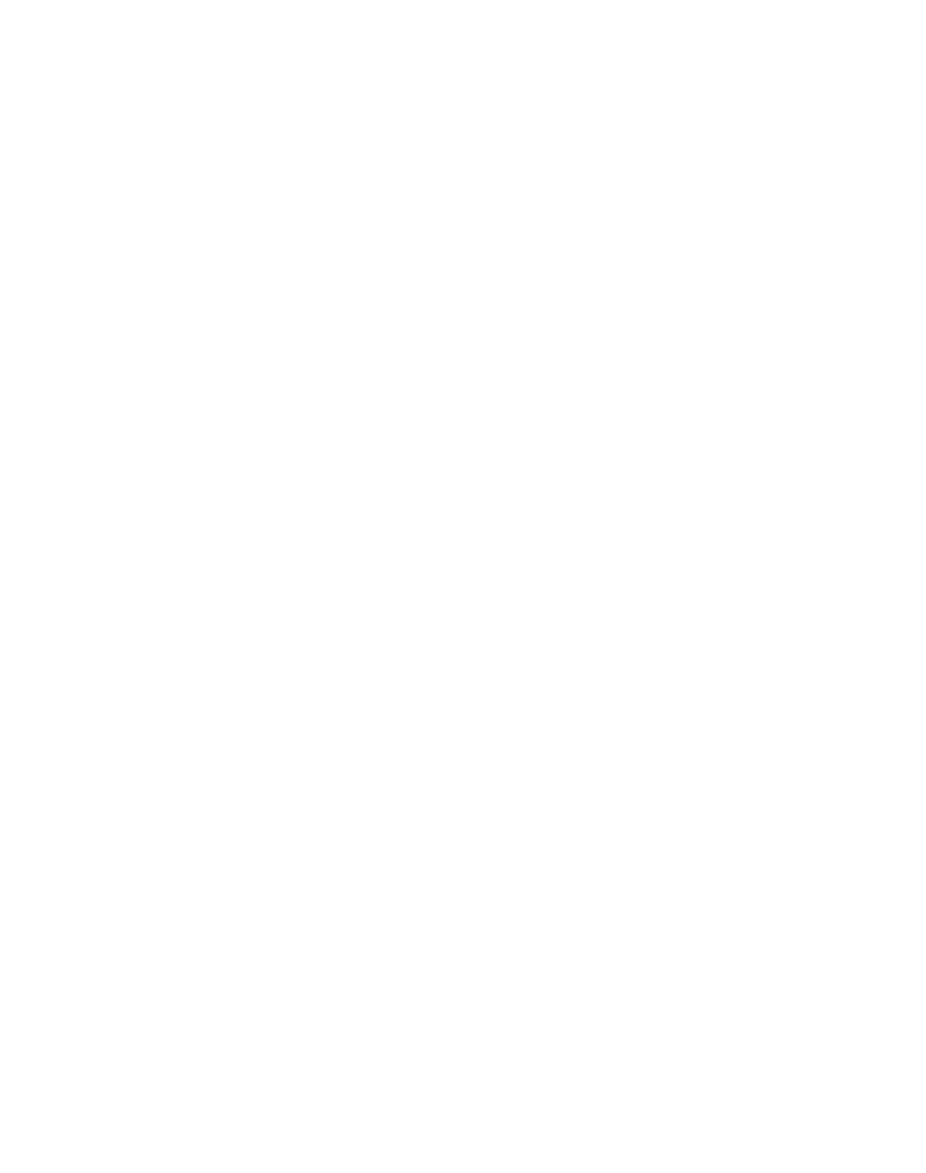
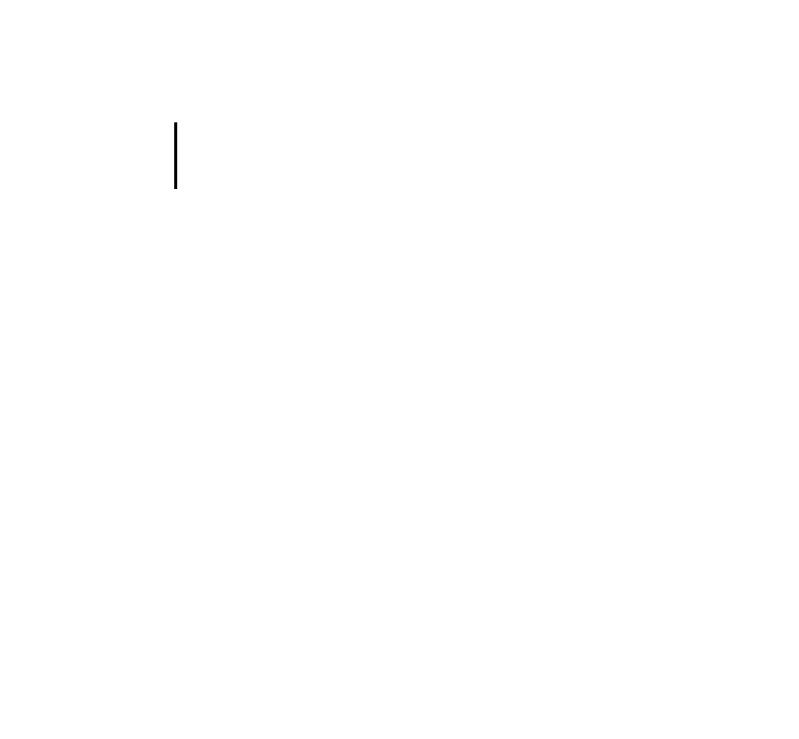
The diagram in mutex/BDD-0.dot (patricktjel/software_science), drawn with Graphviz before and after one commit. The commit also changed 2 other files, not shown here.

```diff
--- a/mutex/BDD-0.dot
+++ b/mutex/BDD-0.dot
@@ -1,20 +1,14 @@
 digraph "DD" {
 graph [dpi = 300];
 center = true;
 edge [dir = forward];
 root [style=invis];
-root -> 19 [style=solid];
-19 [label="1"];
-18 [label="2"];
+root -> 32 [style=solid];
+32 [label="1"];
 0 [shape=box, style=filled, label="F"];
-17 [label="11"];
-9223372036854775813 [label="21"];
-9223372036854775813 -> 9223372036854775808 [style=dashed];
-9223372036854775813 -> 0 [style=solid];
-17 -> 0 [style=dashed];
-17 -> 9223372036854775813 [style=solid];
-18 -> 0 [style=dashed];
-18 -> 17 [style=solid];
-19 -> 18 [style=dashed];
-19 -> 0 [style=solid];
+9223372036854775812 [label="2"];
+9223372036854775812 -> 9223372036854775808 [style=dashed];
+9223372036854775812 -> 0 [style=solid];
+32 -> 0 [style=dashed];
+32 -> 9223372036854775812 [style=solid];
 }
```
